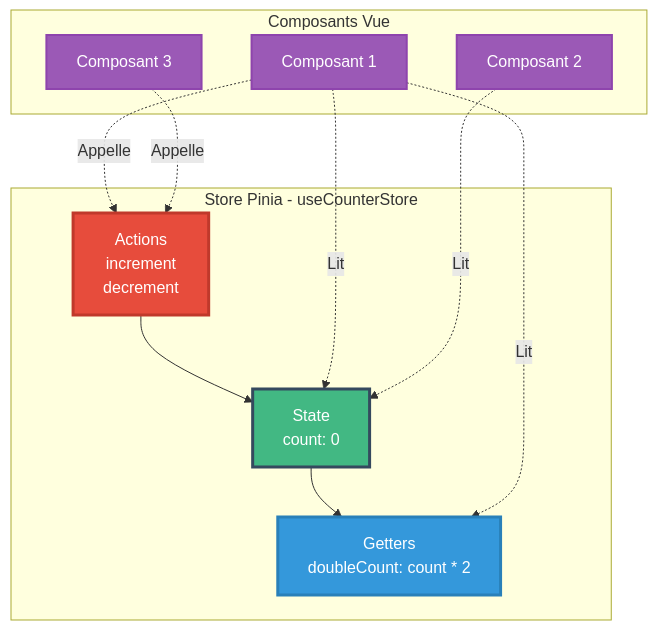
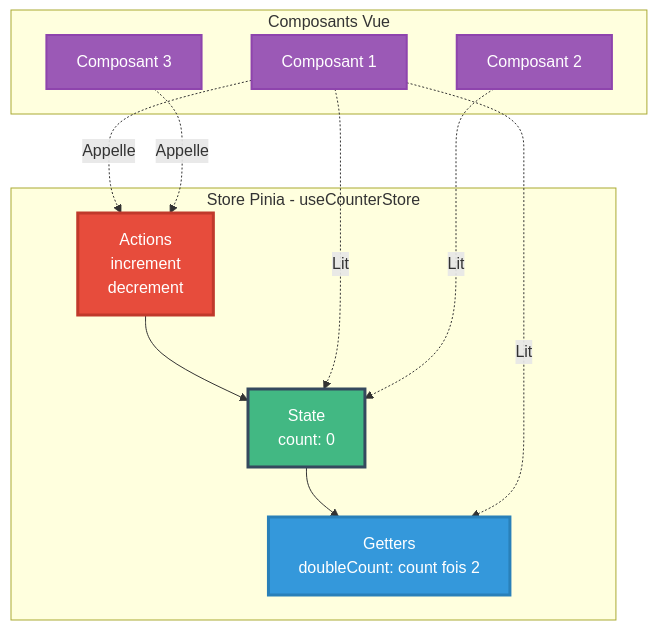
The third of 3 diagrams in pages/module4-pinia-state.md (JSurquin/pylowt), drawn with Mermaid before and after one commit. The commit also changed other lines of this file and 5 other files, not shown here.

````diff
--- a/pages/module4-pinia-state.md
+++ b/pages/module4-pinia-state.md
@@ -150,31 +206,31 @@
 ```mermaid
 graph TB
     subgraph Store["Store Pinia - useCounterStore"]
-        S["State<br/>count: 0"]
-        G["Getters<br/>doubleCount: count * 2"]
-        A["Actions<br/>increment<br/>decrement"]
+        S[State<br/>count: 0]
+        G[Getters<br/>doubleCount: count fois 2]
+        A[Actions<br/>increment<br/>decrement]
     end
     
     subgraph Composants["Composants Vue"]
         C1[Composant 1]
         C2[Composant 2]
         C3[Composant 3]
     end
     
     S --> G
     A --> S
     
     C1 -.->|Lit| S
     C1 -.->|Lit| G
     C1 -.->|Appelle| A
     
     C2 -.->|Lit| S
     C3 -.->|Appelle| A
     
     style S fill:#42b883,stroke:#35495e,stroke-width:3px,color:#fff
     style G fill:#3498db,stroke:#2980b9,stroke-width:3px,color:#fff
     style A fill:#e74c3c,stroke:#c0392b,stroke-width:3px,color:#fff
     style C1 fill:#9b59b6,stroke:#8e44ad,stroke-width:2px,color:#fff
     style C2 fill:#9b59b6,stroke:#8e44ad,stroke-width:2px,color:#fff
     style C3 fill:#9b59b6,stroke:#8e44ad,stroke-width:2px,color:#fff
 ```
````
